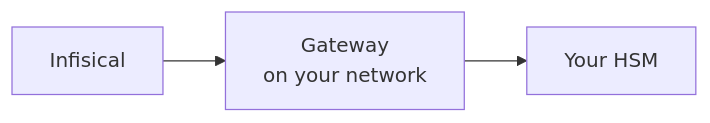
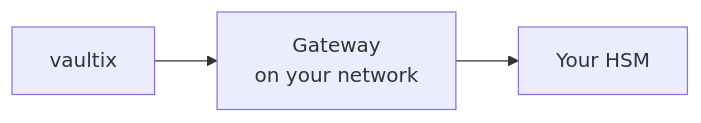
Before and after one commit to shippinAI/vaultix: the first of 2 diagrams in core/docs/documentation/platform/pki/settings/hsm-connectors.mdx, drawn with Mermaid. The commit also changed other lines of this file and 1202 other files, not shown here.

````diff
--- a/core/docs/documentation/platform/pki/settings/hsm-connectors.mdx
+++ b/core/docs/documentation/platform/pki/settings/hsm-connectors.mdx
@@ -23,5 +23,5 @@
 ```mermaid
 graph LR
-    A[Infisical] --> B[Gateway<br/>on your network]
+    A[vaultix] --> B[Gateway<br/>on your network]
     B --> C[Your HSM]
 ```
````
